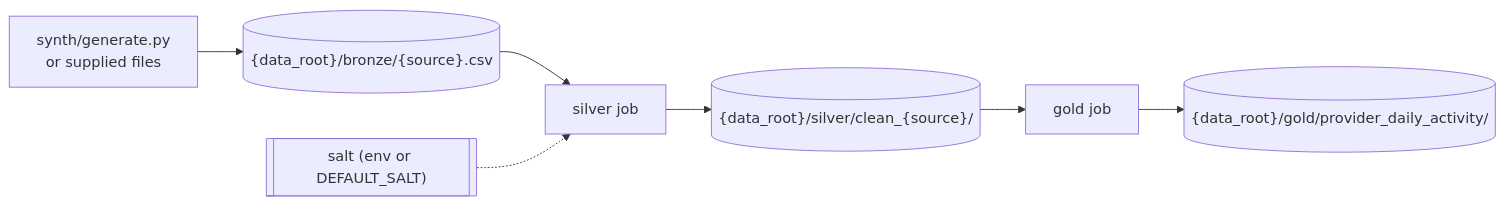
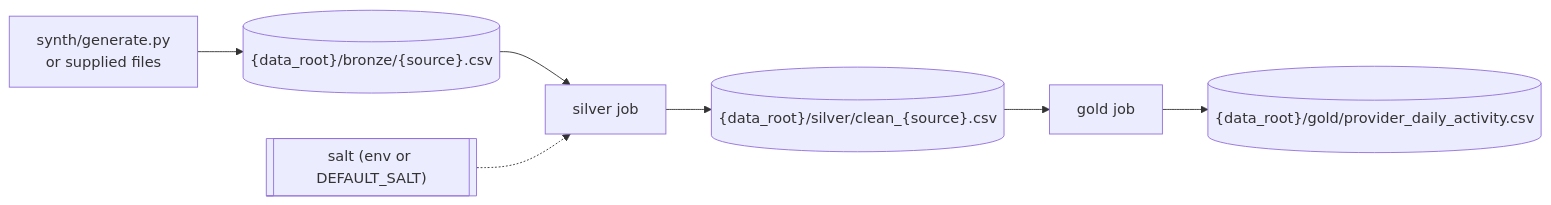
Before and after one commit to wolfeka42/regard-interview: the first of 2 diagrams in _bmad-output/planning-artifacts/architecture/architecture-interview-test-2026-10-12/ARCHITECTURE-SPINE.md, drawn with Mermaid. The commit also changed other lines of this file and 32 other files, not shown here.

First line of the commit message:
feat: steel thread from bronze CSVs to provider daily activity in gold

````diff
--- a/_bmad-output/planning-artifacts/architecture/architecture-interview-test-2026-10-12/ARCHITECTURE-SPINE.md
+++ b/_bmad-output/planning-artifacts/architecture/architecture-interview-test-2026-10-12/ARCHITECTURE-SPINE.md
@@ -29,9 +29,9 @@
 ```mermaid
 flowchart LR
   synth[synth/generate.py<br/>or supplied files] --> bz[("{data_root}/bronze/{source}.csv")]
   bz --> S[silver job]
-  S --> sv[("{data_root}/silver/clean_{source}/")]
+  S --> sv[("{data_root}/silver/clean_{source}.csv")]
   sv --> G[gold job]
-  G --> gd[("{data_root}/gold/provider_daily_activity/")]
+  G --> gd[("{data_root}/gold/provider_daily_activity.csv")]
   salt[["salt (env or DEFAULT_SALT)"]] -.-> S
 ```
````
